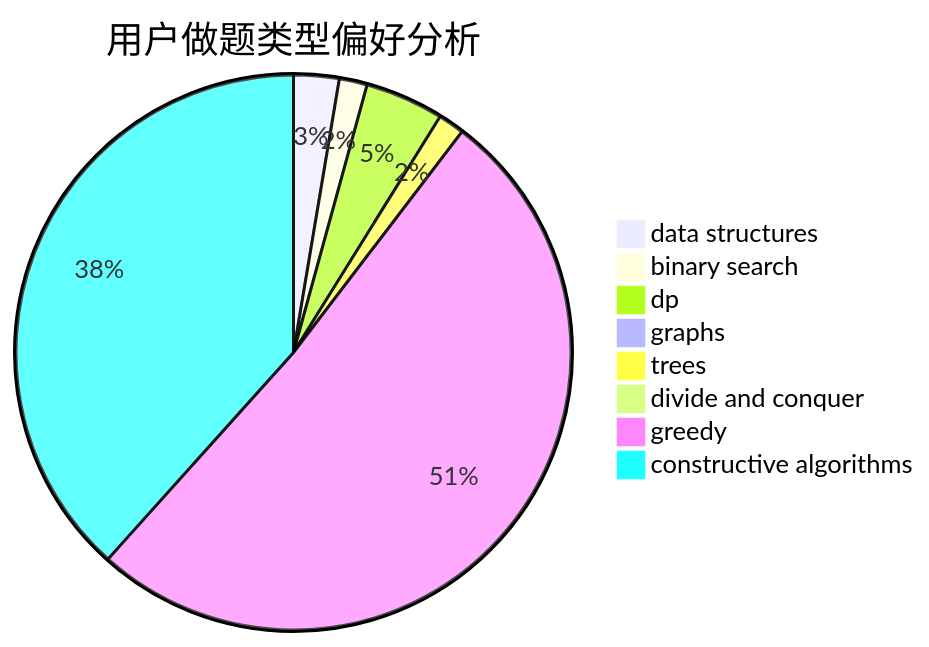
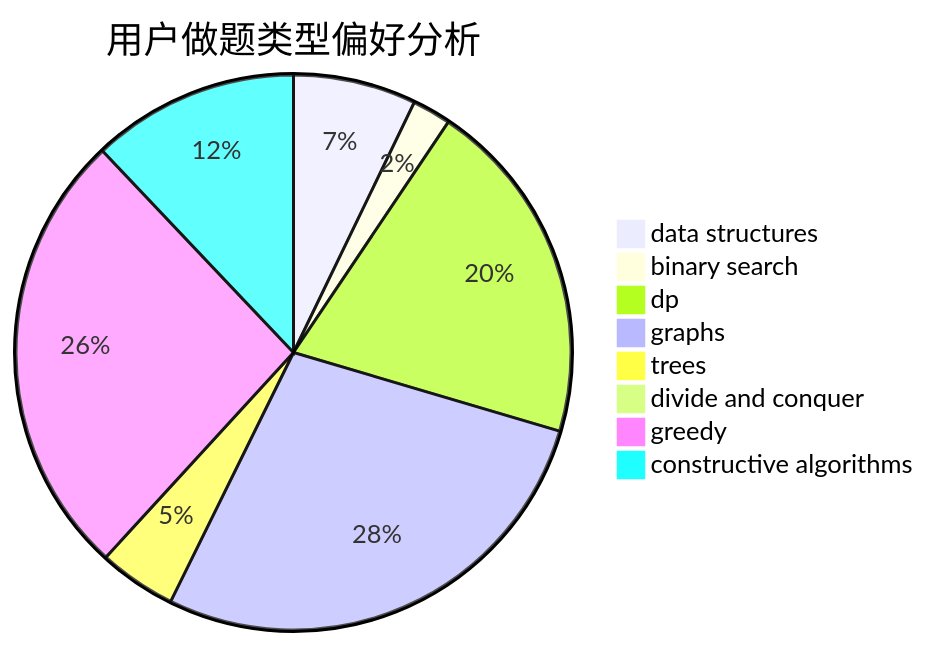
Before and after one commit to sherpahu/cfrs.github.io: the second of 3 diagrams in docs/user/u1210.md, drawn with Mermaid. The commit also changed other lines of this file and 2770 other files, not shown here.

````diff
--- a/docs/user/u1210.md
+++ b/docs/user/u1210.md
@@ -23,11 +23,11 @@
 ```mermaid
 pie title 用户做题类型偏好分析
-    "data structures" :  26
-    "binary search" :  16
-    "dp" :  45
-    "graphs" :  0
-    "trees" :  15
+    "data structures" :  54
+    "binary search" :  17
+    "dp" :  152
+    "graphs" :  209
+    "trees" :  34
     "divide and conquer" :  0
-    "greedy" :  504
-    "constructive algorithms" :  377
+    "greedy" :  197
+    "constructive algorithms" :  91
 ```
````
